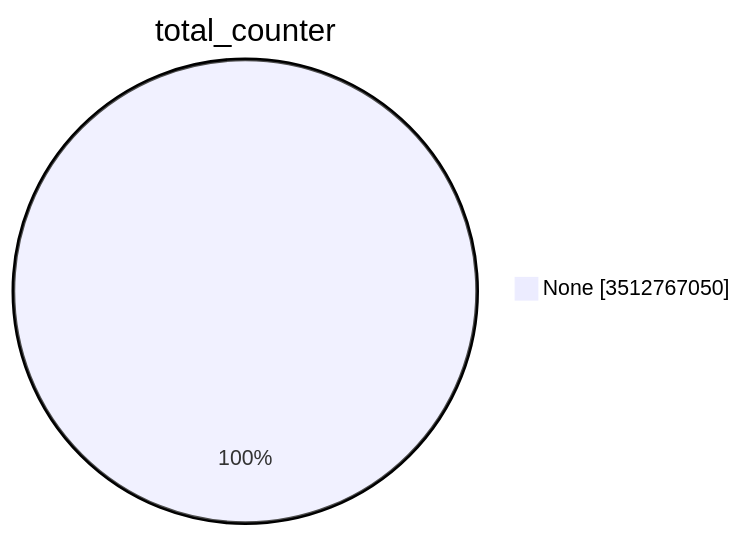
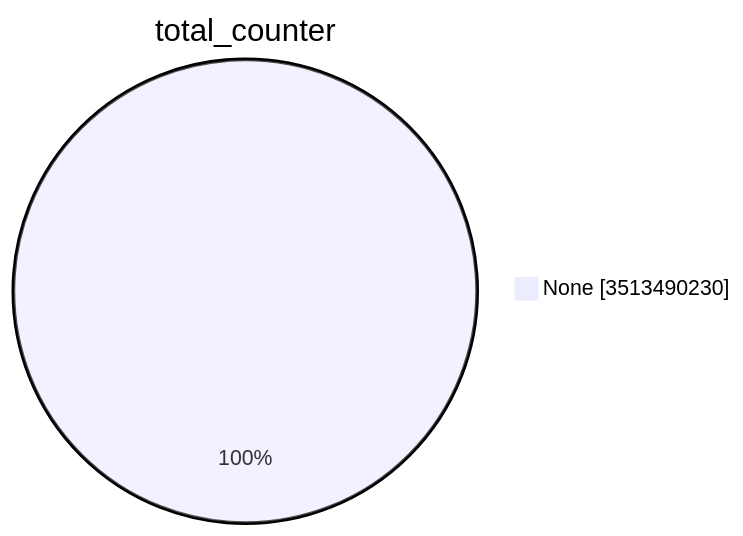
The first of 15 diagrams in TOTAL/README.md (christiankrug/ctmonitor_visualization), drawn with Mermaid before and after one commit. The commit also changed other lines of this file, not shown here.

````diff
--- a/TOTAL/README.md
+++ b/TOTAL/README.md
@@ -1,5 +1,5 @@
 ```mermaid
 pie showData
 title total_counter
-"None" :3512767050
+"None" :3513490230
 ```
````
